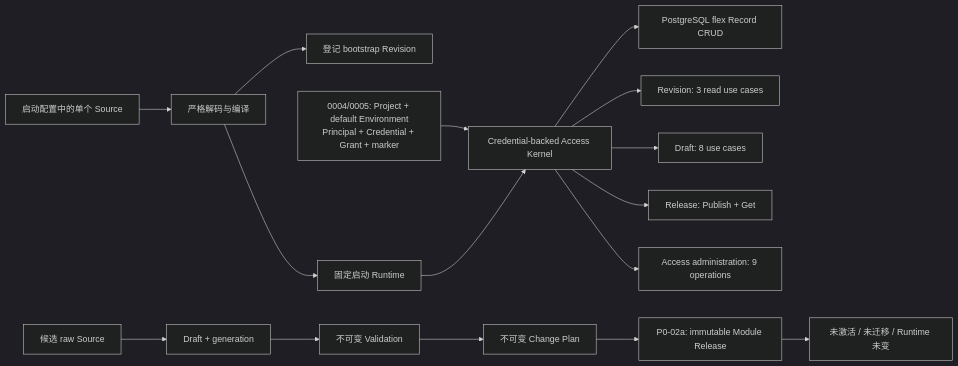
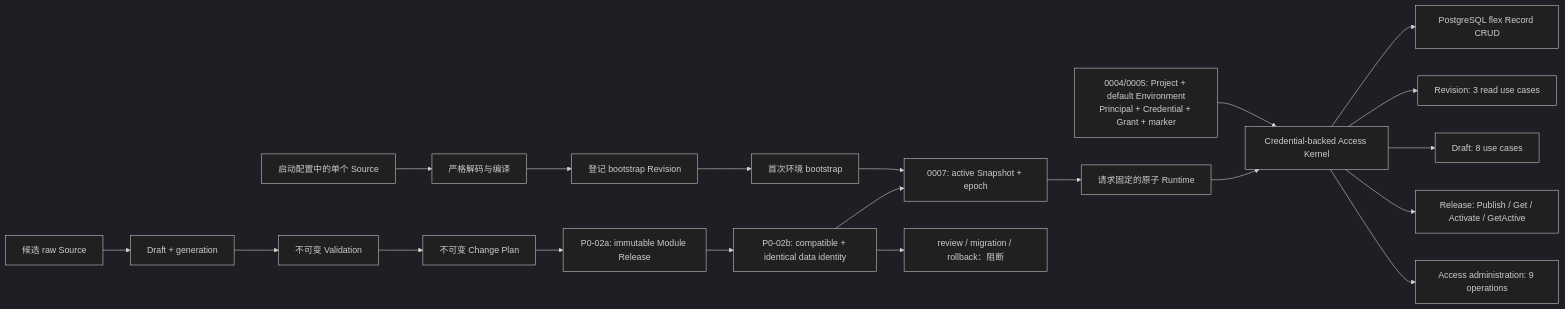
The first of 3 diagrams in .agent/product/roadmap/server-core.md (shezw/panvara), drawn with Mermaid (dark theme) before and after one commit. The commit also changed other lines of this file and 40 other files, not shown here.

````diff
--- a/.agent/product/roadmap/server-core.md
+++ b/.agent/product/roadmap/server-core.md
@@ -31,19 +31,23 @@
 ```mermaid
 flowchart LR
     Source["启动配置中的单个 Source"] --> Compile["严格解码与编译"]
     Compile --> Registry["登记 bootstrap Revision"]
-    Compile --> Runtime["固定启动 Runtime"]
+    Registry --> Bootstrap["首次环境 bootstrap"]
+    Bootstrap --> Active
     Scope["0004/0005: Project + default Environment<br/>Principal + Credential + Grant + marker"] --> Kernel["Credential-backed Access Kernel"]
+    Active["0007: active Snapshot + epoch"] --> Runtime["请求固定的原子 Runtime"]
     Runtime --> Kernel
     Kernel --> CRUD["PostgreSQL flex Record CRUD"]
     Kernel --> RegistryRead["Revision: 3 read use cases"]
     Kernel --> DraftUseCases["Draft: 8 use cases"]
-    Kernel --> ReleaseUseCases["Release: Publish + Get"]
+    Kernel --> ReleaseUseCases["Release: Publish / Get / Activate / GetActive"]
     Kernel --> AccessAdmin["Access administration: 9 operations"]
 
     Candidate["候选 raw Source"] --> Draft["Draft + generation"]
     Draft --> Validate["不可变 Validation"]
     Validate --> Plan["不可变 Change Plan"]
     Plan --> Publish["P0-02a: immutable Module Release"]
-    Publish --> PublishStop["未激活 / 未迁移 / Runtime 未变"]
+    Publish --> Activate["P0-02b: compatible + identical data identity"]
+    Activate --> Active
+    Activate --> Blocked["review / migration / rollback：阻断"]
 ```
````
